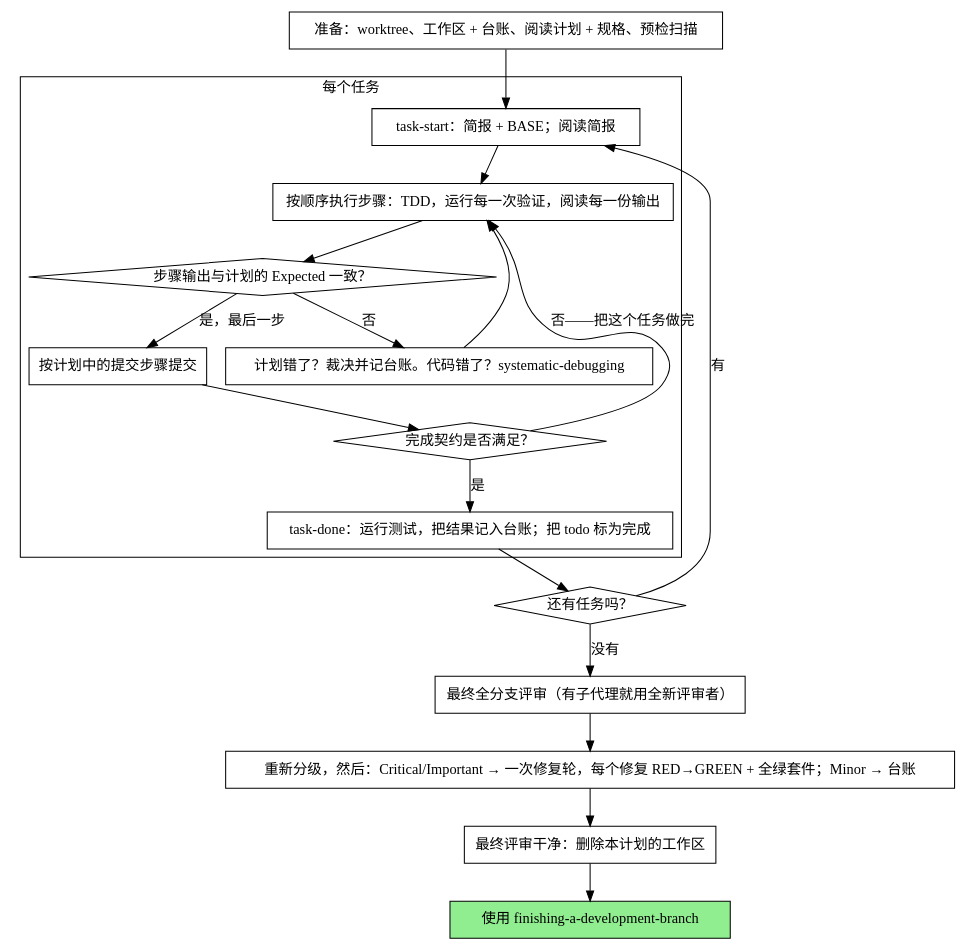
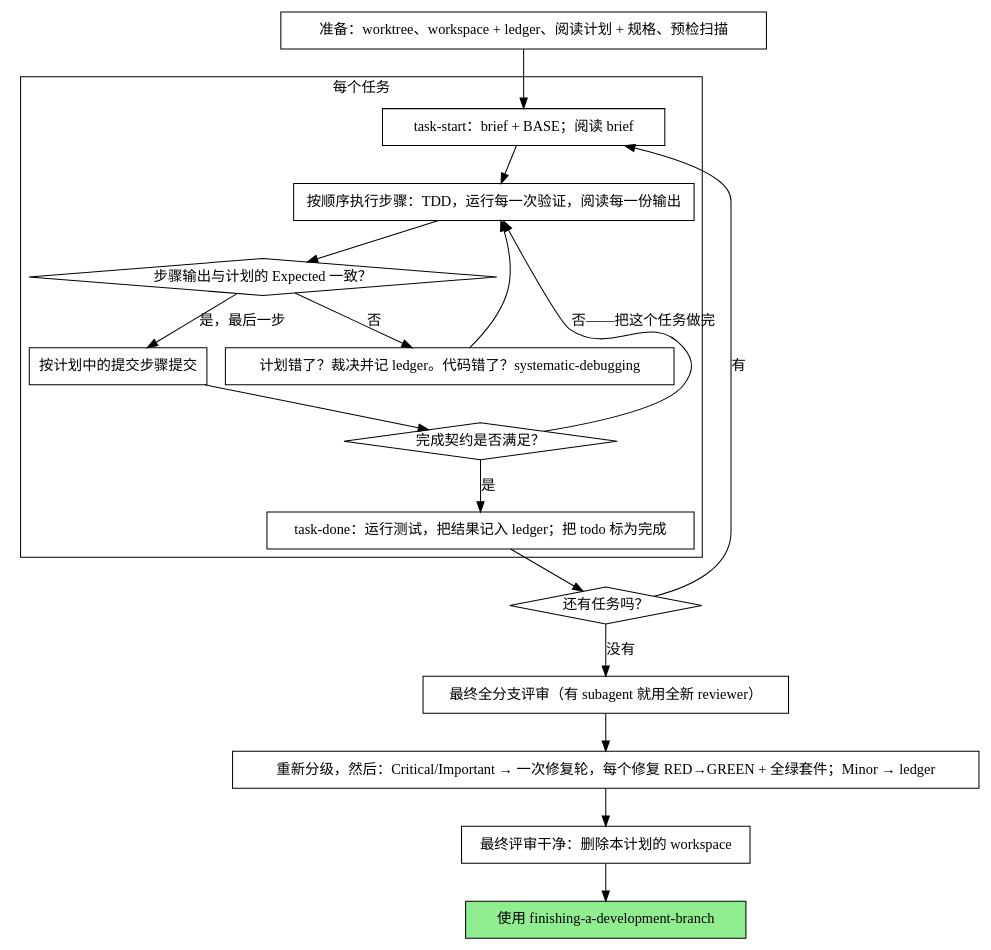
One commit to Wenaixi/dsh-superpower changed the diagram in skills/executing-plans/SKILL.md. Above: the diagram before and after it, drawn with Graphviz. The commit also changed other lines of this file and 57 other files, not shown here.

````diff
--- a/skills/executing-plans/SKILL.md
+++ b/skills/executing-plans/SKILL.md
@@ -34,39 +34,39 @@
 ```dot
 digraph process {
     rankdir=TB;
 
     subgraph cluster_per_task {
         label="每个任务";
-        "task-start：简报 + BASE；阅读简报" [shape=box];
+        "task-start：brief + BASE；阅读 brief" [shape=box];
         "按顺序执行步骤：TDD，运行每一次验证，阅读每一份输出" [shape=box];
         "步骤输出与计划的 Expected 一致？" [shape=diamond];
-        "计划错了？裁决并记台账。代码错了？systematic-debugging" [shape=box];
+        "计划错了？裁决并记 ledger。代码错了？systematic-debugging" [shape=box];
         "按计划中的提交步骤提交" [shape=box];
         "完成契约是否满足？" [shape=diamond];
-        "task-done：运行测试，把结果记入台账；把 todo 标为完成" [shape=box];
+        "task-done：运行测试，把结果记入 ledger；把 todo 标为完成" [shape=box];
     }
 
-    "准备：worktree、工作区 + 台账、阅读计划 + 规格、预检扫描" [shape=box];
+    "准备：worktree、workspace + ledger、阅读计划 + 规格、预检扫描" [shape=box];
     "还有任务吗？" [shape=diamond];
-    "最终全分支评审（有子代理就用全新评审者）" [shape=box];
-    "重新分级，然后：Critical/Important → 一次修复轮，每个修复 RED→GREEN + 全绿套件；Minor → 台账" [shape=box];
-    "最终评审干净：删除本计划的工作区" [shape=box];
+    "最终全分支评审（有 subagent 就用全新 reviewer）" [shape=box];
+    "重新分级，然后：Critical/Important → 一次修复轮，每个修复 RED→GREEN + 全绿套件；Minor → ledger" [shape=box];
+    "最终评审干净：删除本计划的 workspace" [shape=box];
     "使用 finishing-a-development-branch" [shape=box style=filled fillcolor=lightgreen];
 
-    "准备：worktree、工作区 + 台账、阅读计划 + 规格、预检扫描" -> "task-start：简报 + BASE；阅读简报";
-    "task-start：简报 + BASE；阅读简报" -> "按顺序执行步骤：TDD，运行每一次验证，阅读每一份输出";
+    "准备：worktree、workspace + ledger、阅读计划 + 规格、预检扫描" -> "task-start：brief + BASE；阅读 brief";
+    "task-start：brief + BASE；阅读 brief" -> "按顺序执行步骤：TDD，运行每一次验证，阅读每一份输出";
     "按顺序执行步骤：TDD，运行每一次验证，阅读每一份输出" -> "步骤输出与计划的 Expected 一致？";
-    "步骤输出与计划的 Expected 一致？" -> "计划错了？裁决并记台账。代码错了？systematic-debugging" [label="否"];
-    "计划错了？裁决并记台账。代码错了？systematic-debugging" -> "按顺序执行步骤：TDD，运行每一次验证，阅读每一份输出";
+    "步骤输出与计划的 Expected 一致？" -> "计划错了？裁决并记 ledger。代码错了？systematic-debugging" [label="否"];
+    "计划错了？裁决并记 ledger。代码错了？systematic-debugging" -> "按顺序执行步骤：TDD，运行每一次验证，阅读每一份输出";
     "步骤输出与计划的 Expected 一致？" -> "按计划中的提交步骤提交" [label="是，最后一步"];
     "按计划中的提交步骤提交" -> "完成契约是否满足？";
     "完成契约是否满足？" -> "按顺序执行步骤：TDD，运行每一次验证，阅读每一份输出" [label="否——把这个任务做完"];
-    "完成契约是否满足？" -> "task-done：运行测试，把结果记入台账；把 todo 标为完成" [label="是"];
-    "task-done：运行测试，把结果记入台账；把 todo 标为完成" -> "还有任务吗？";
-    "还有任务吗？" -> "task-start：简报 + BASE；阅读简报" [label="有"];
-    "还有任务吗？" -> "最终全分支评审（有子代理就用全新评审者）" [label="没有"];
-    "最终全分支评审（有子代理就用全新评审者）" -> "重新分级，然后：Critical/Important → 一次修复轮，每个修复 RED→GREEN + 全绿套件；Minor → 台账";
-    "重新分级，然后：Critical/Important → 一次修复轮，每个修复 RED→GREEN + 全绿套件；Minor → 台账" -> "最终评审干净：删除本计划的工作区";
-    "最终评审干净：删除本计划的工作区" -> "使用 finishing-a-development-branch";
+    "完成契约是否满足？" -> "task-done：运行测试，把结果记入 ledger；把 todo 标为完成" [label="是"];
+    "task-done：运行测试，把结果记入 ledger；把 todo 标为完成" -> "还有任务吗？";
+    "还有任务吗？" -> "task-start：brief + BASE；阅读 brief" [label="有"];
+    "还有任务吗？" -> "最终全分支评审（有 subagent 就用全新 reviewer）" [label="没有"];
+    "最终全分支评审（有 subagent 就用全新 reviewer）" -> "重新分级，然后：Critical/Important → 一次修复轮，每个修复 RED→GREEN + 全绿套件；Minor → ledger";
+    "重新分级，然后：Critical/Important → 一次修复轮，每个修复 RED→GREEN + 全绿套件；Minor → ledger" -> "最终评审干净：删除本计划的 workspace";
+    "最终评审干净：删除本计划的 workspace" -> "使用 finishing-a-development-branch";
 }
 ```
````
